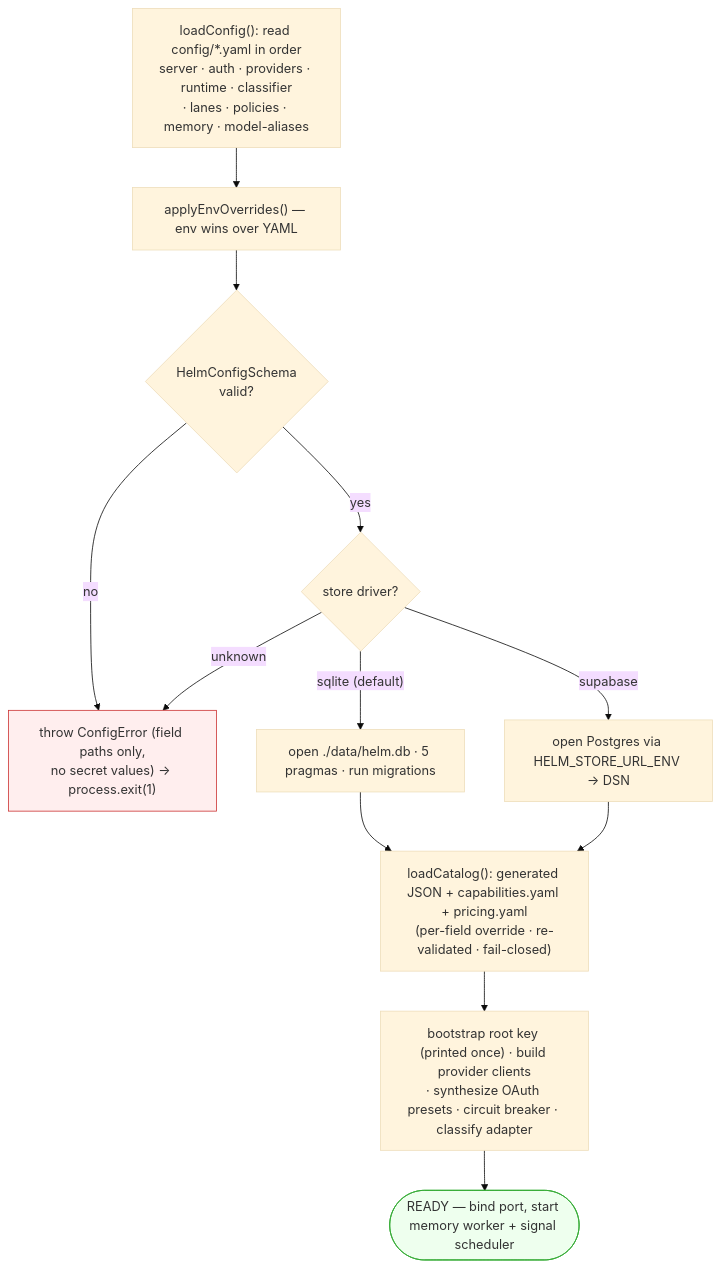
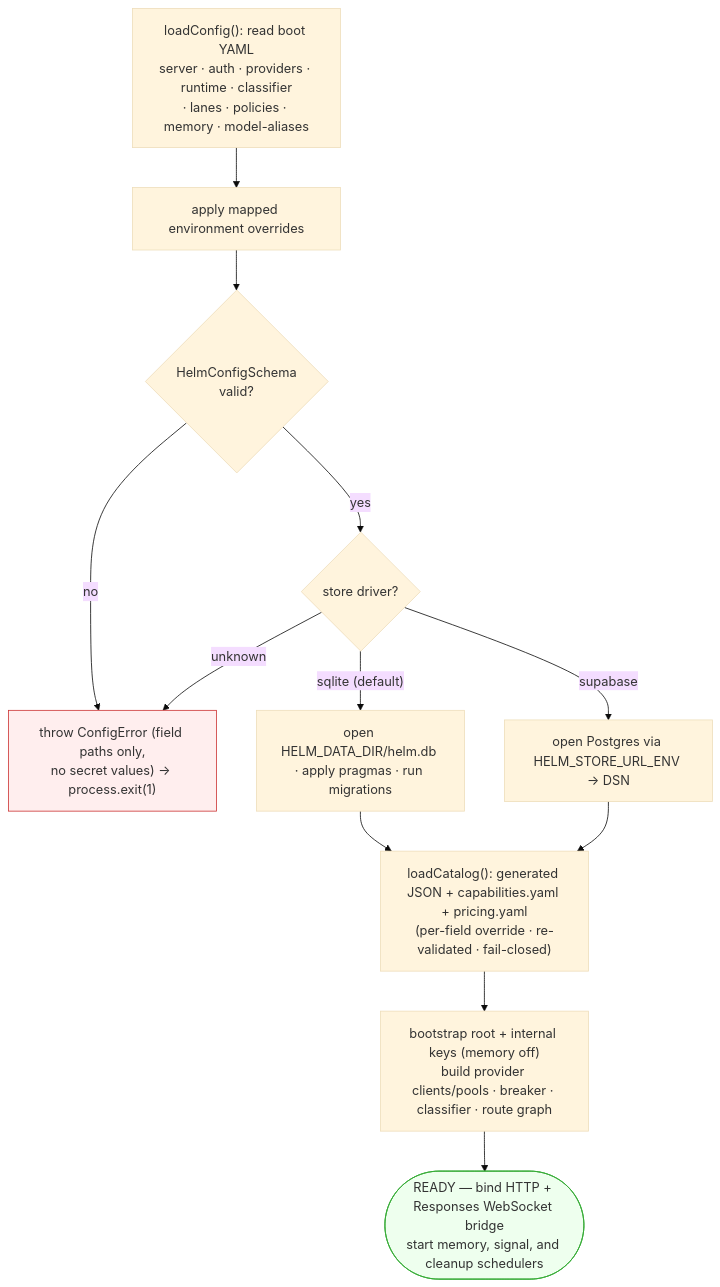
One commit to EasyMetaAu/helm-api changed the third of 13 diagrams in docs/architecture.md. Above: the diagram before and after it, drawn with Mermaid (base theme). The commit also changed other lines of this file and 30 other files, not shown here.

````diff
--- a/docs/architecture.md
+++ b/docs/architecture.md
@@ -154,17 +197,17 @@
 ```mermaid
 flowchart TD
-    A["loadConfig(): read config/*.yaml in order<br/>server · auth · providers · runtime · classifier<br/>· lanes · policies · memory · model-aliases"] --> B["applyEnvOverrides() — env wins over YAML"]
+    A["loadConfig(): read boot YAML<br/>server · auth · providers · runtime · classifier<br/>· lanes · policies · memory · model-aliases"] --> B["apply mapped environment overrides"]
     B --> C{"HelmConfigSchema<br/>valid?"}
     C -- "no" --> X["throw ConfigError (field paths only,<br/>no secret values) → process.exit(1)"]
     C -- "yes" --> D{"store driver?"}
-    D -- "sqlite (default)" --> E["open ./data/helm.db · 5 pragmas · run migrations"]
+    D -- "sqlite (default)" --> E["open HELM_DATA_DIR/helm.db · apply pragmas · run migrations"]
     D -- "supabase" --> F["open Postgres via HELM_STORE_URL_ENV → DSN"]
     D -- "unknown" --> X
     E --> G["loadCatalog(): generated JSON + capabilities.yaml + pricing.yaml<br/>(per-field override · re-validated · fail-closed)"]
     F --> G
-    G --> H["bootstrap root key (printed once) · build provider clients<br/>· synthesize OAuth presets · circuit breaker · classify adapter"]
-    H --> R(["READY — bind port, start memory worker + signal scheduler"])
+    G --> H["bootstrap root + internal keys (memory off)<br/>build provider clients/pools · breaker · classifier · route graph"]
+    H --> R(["READY — bind HTTP + Responses WebSocket bridge<br/>start memory, signal, and cleanup schedulers"])
 
     style X fill:#fee,stroke:#c33
     style R fill:#efe,stroke:#3a3
 ```
````
